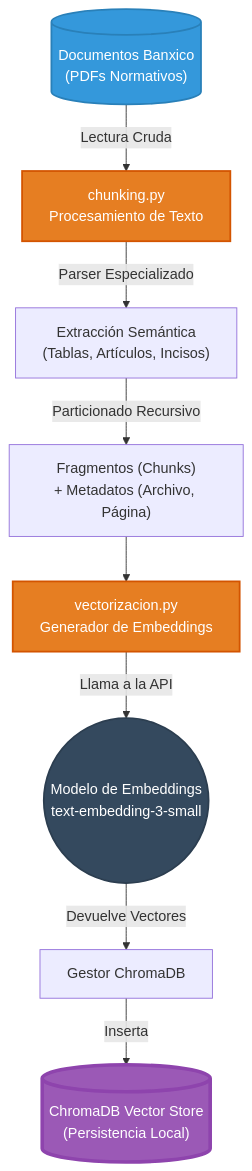
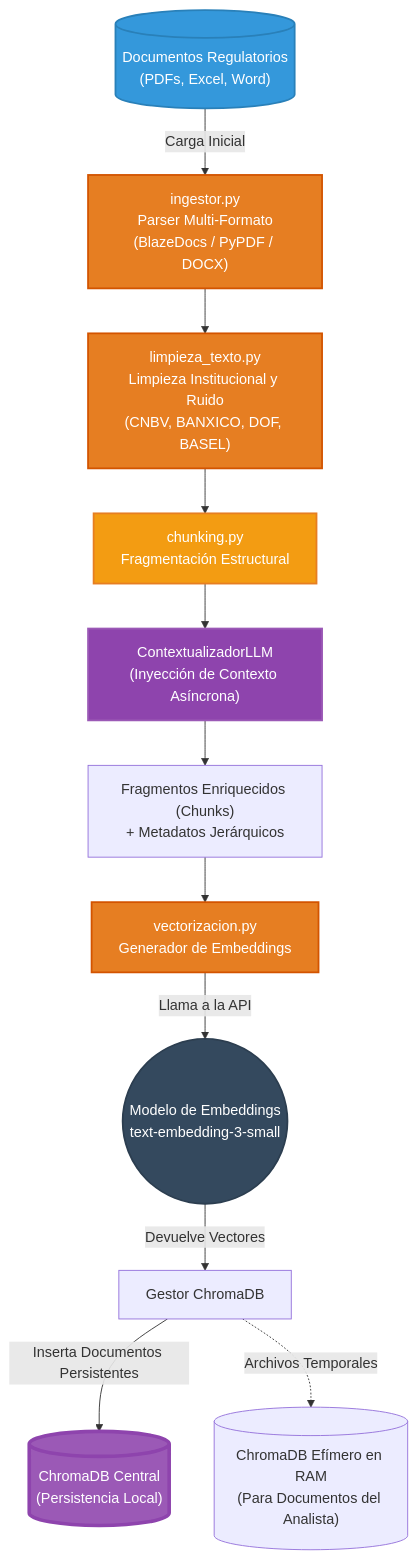
The diagram in docs/arquitectura/diagrama_arquitectura_ingesta.md (alexandro-mayoral-teran/proyecto_disf_npl), drawn with Mermaid before and after one commit. The commit also changed other lines of this file and 22 other files, not shown here.

````diff
--- a/docs/arquitectura/diagrama_arquitectura_ingesta.md
+++ b/docs/arquitectura/diagrama_arquitectura_ingesta.md
@@ -9,24 +9,32 @@
 ```mermaid
 graph TD
     %% Fuentes de Datos
-    A[("Documentos Banxico<br>(PDFs Normativos)")] -->|Lectura Cruda| B
+    A[("Documentos Regulatorios<br>(PDFs, Excel, Word)")] -->|Carga Inicial| ING
+    ING["ingestor.py<br>Parser Multi-Formato<br>(BlazeDocs / PyPDF / DOCX)"] --> B
 
-    %% Procesamiento
-    B["chunking.py<br>Procesamiento de Texto"] -->|Parser Especializado| C["Extracción Semántica<br>(Tablas, Artículos, Incisos)"]
-    C -->|Particionado Recursivo| D["Fragmentos (Chunks)<br>+ Metadatos (Archivo, Página)"]
+    %% Limpieza Institucional
+    B["limpieza_texto.py<br>Limpieza Institucional y Ruido<br>(CNBV, BANXICO, DOF, BASEL)"] --> C
+
+    %% Procesamiento y Contextual Retrieval
+    C["chunking.py<br>Fragmentación Estructural"] --> CR["ContextualizadorLLM<br>(Inyección de Contexto Asíncrona)"]
+    CR --> D["Fragmentos Enriquecidos (Chunks)<br>+ Metadatos Jerárquicos"]
 
     %% Vectorización
     D --> E["vectorizacion.py<br>Generador de Embeddings"]
     E -->|Llama a la API| F(("Modelo de Embeddings<br>text-embedding-3-small"))
     F -->|Devuelve Vectores| G
 
     %% Almacenamiento
-    G["Gestor ChromaDB"] -->|Inserta| H[("ChromaDB Vector Store<br>(Persistencia Local)")]
+    G["Gestor ChromaDB"] -->|Inserta Documentos Persistentes| H[("ChromaDB Central<br>(Persistencia Local)")]
+    G -.->|Archivos Temporales| RAM[("ChromaDB Efímero en RAM<br>(Para Documentos del Analista)")]
 
     %% Estilos
     style A fill:#3498db,stroke:#2980b9,stroke-width:2px,color:white
+    style ING fill:#e67e22,stroke:#d35400,stroke-width:2px,color:white
     style B fill:#e67e22,stroke:#d35400,stroke-width:2px,color:white
+    style C fill:#f39c12,stroke:#e67e22,stroke-width:2px,color:white
+    style CR fill:#8e44ad,stroke:#9b59b6,stroke-width:2px,color:white
     style E fill:#e67e22,stroke:#d35400,stroke-width:2px,color:white
     style H fill:#9b59b6,stroke:#8e44ad,stroke-width:4px,color:white
     style F fill:#34495e,stroke:#2c3e50,stroke-width:2px,color:white
 ```
````
